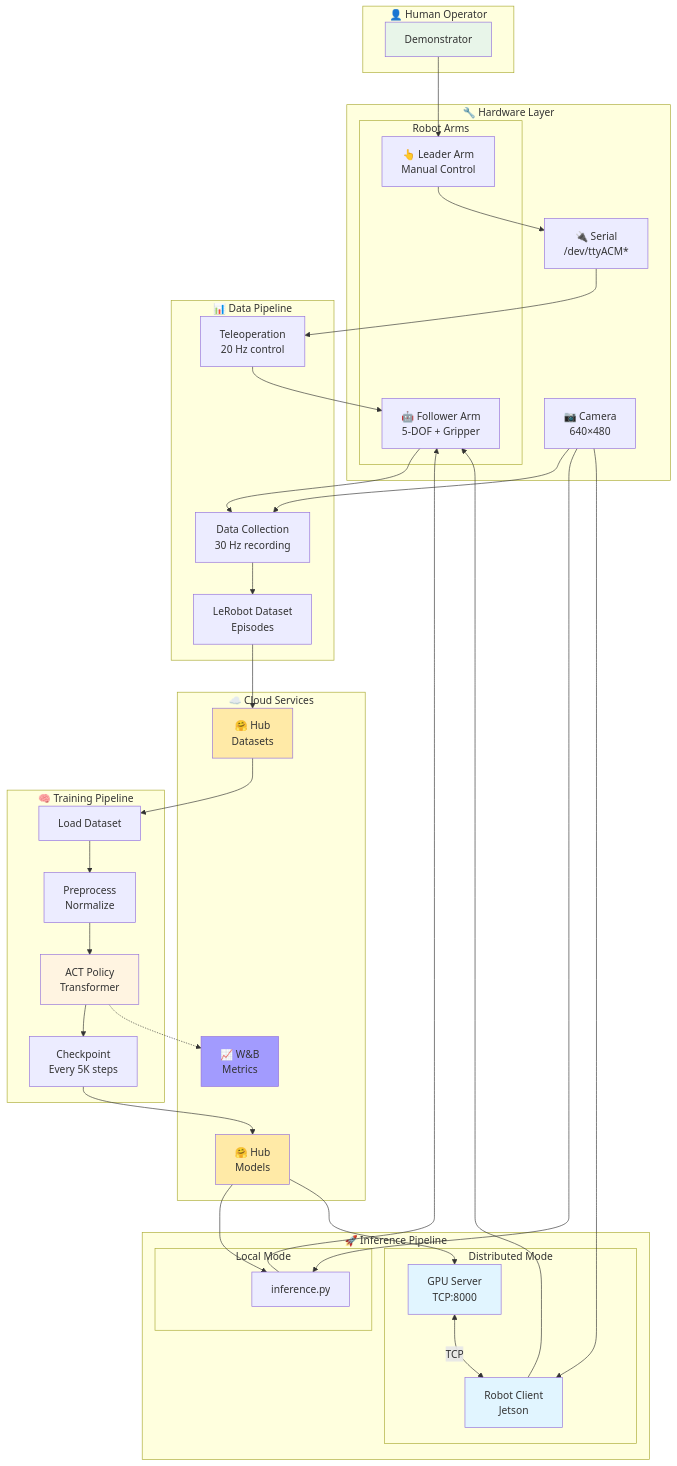
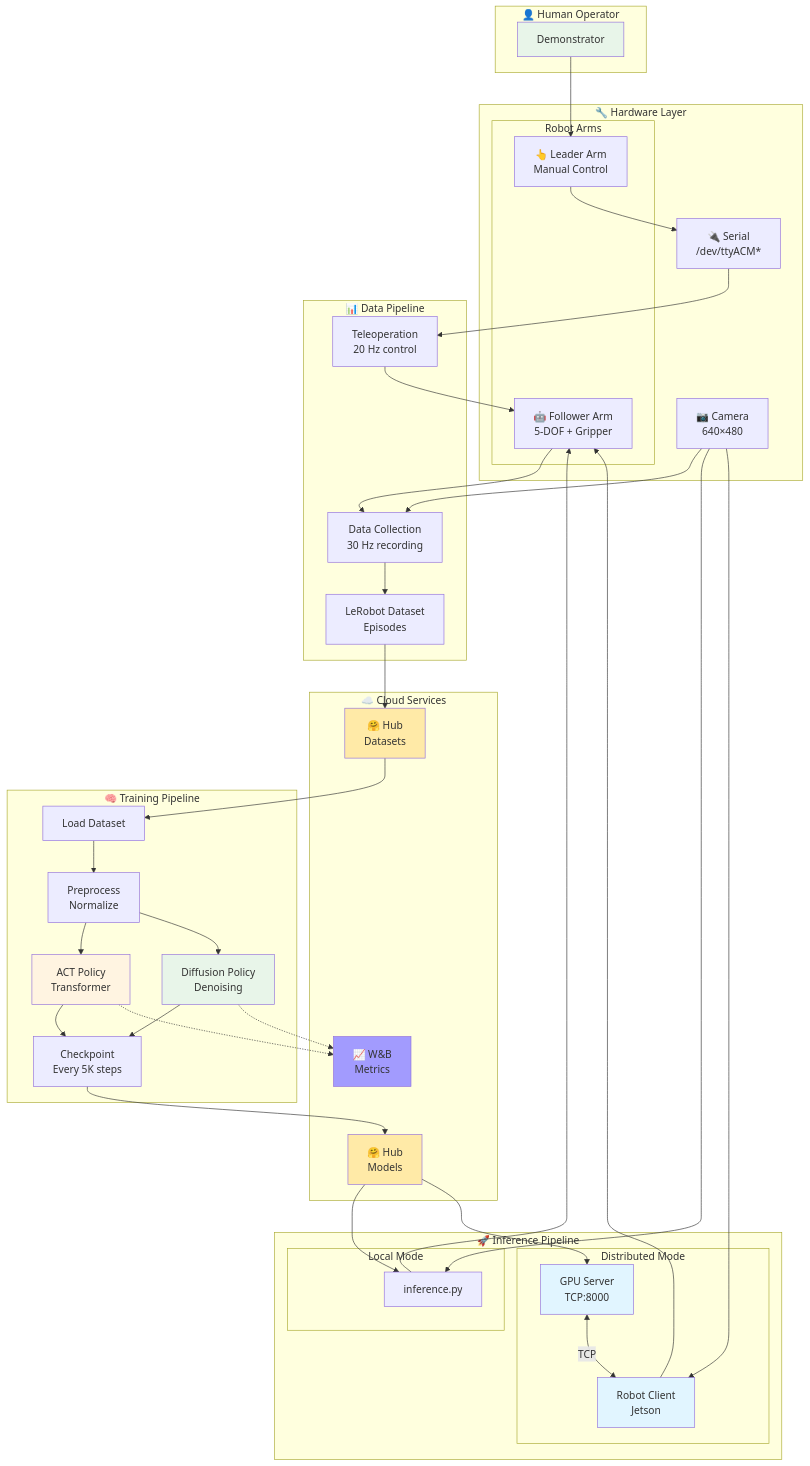
The fifth of 13 diagrams in _posts/2025-12-18-allen-vla.md (nu-jliu/nu-jliu.github.io), drawn with Mermaid before and after one commit. The commit also changed other lines of this file and 2 other files, not shown here.

Commit message:
diffusion policy

````diff
--- a/_posts/2025-12-18-allen-vla.md
+++ b/_posts/2025-12-18-allen-vla.md
@@ -331,6 +394,7 @@
         LOAD["Load Dataset"]
         PREPROCESS["Preprocess<br/>Normalize"]
         ACT["ACT Policy<br/>Transformer"]
+        DIFF["Diffusion Policy<br/>Denoising"]
         CHECKPOINT["Checkpoint<br/>Every 5K steps"]
     end
 
@@ -358,8 +422,11 @@
     HF_DATA --> LOAD
     LOAD --> PREPROCESS
     PREPROCESS --> ACT
+    PREPROCESS --> DIFF
     ACT --> CHECKPOINT
+    DIFF --> CHECKPOINT
     ACT -.-> WANDB
+    DIFF -.-> WANDB
     CHECKPOINT --> HF_MODEL
 
     %% Inference Flow
@@ -376,6 +443,7 @@
     style HF_MODEL fill:#ffeaa7
     style WANDB fill:#a29bfe
     style ACT fill:#fff4e1
+    style DIFF fill:#e8f5e9
     style SERVER fill:#e1f5ff
     style CLIENT fill:#e1f5ff
 ```
````
